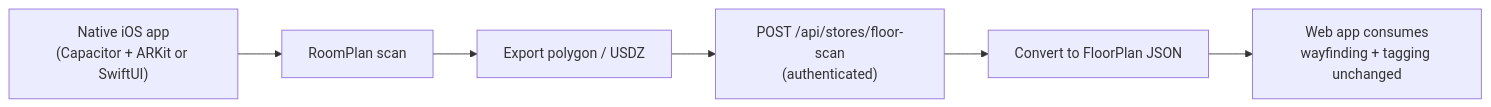
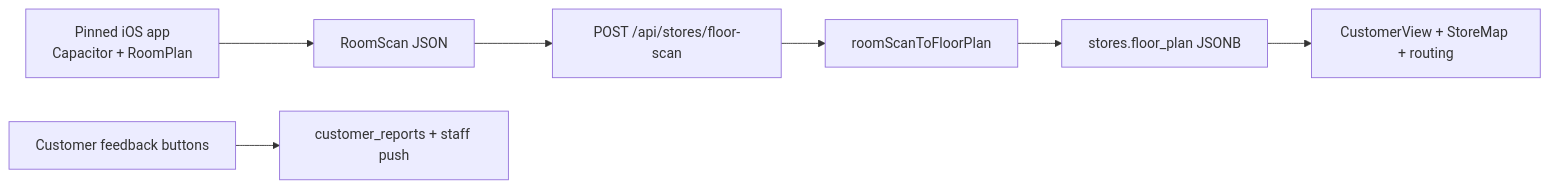
One commit to theclubco2025/pinned changed the diagram in docs/LIDAR_FEASIBILITY.md. Above: the diagram before and after it, drawn with Mermaid. The commit also changed other lines of this file and 40 other files, not shown here.

First line of the commit message:
feat: LiDAR App Store readiness + customer feedback buttons

````diff
--- a/docs/LIDAR_FEASIBILITY.md
+++ b/docs/LIDAR_FEASIBILITY.md
@@ -25,8 +36,9 @@
 ```mermaid
 flowchart LR
-  A["Native iOS app\n(Capacitor + ARKit or SwiftUI)"] --> B["RoomPlan scan"]
-  B --> C["Export polygon / USDZ"]
-  C --> D["POST /api/stores/floor-scan\n(authenticated)"]
-  D --> E["Convert to FloorPlan JSON"]
-  E --> F["Web app consumes\nwayfinding + tagging unchanged"]
+  A["Pinned iOS app\nCapacitor + RoomPlan"] --> B["RoomScan JSON"]
+  B --> C["POST /api/stores/floor-scan"]
+  C --> D["roomScanToFloorPlan"]
+  D --> E["stores.floor_plan JSONB"]
+  E --> F["CustomerView + StoreMap + routing"]
+  G["Customer feedback buttons"] --> H["customer_reports + staff push"]
 ```
````
